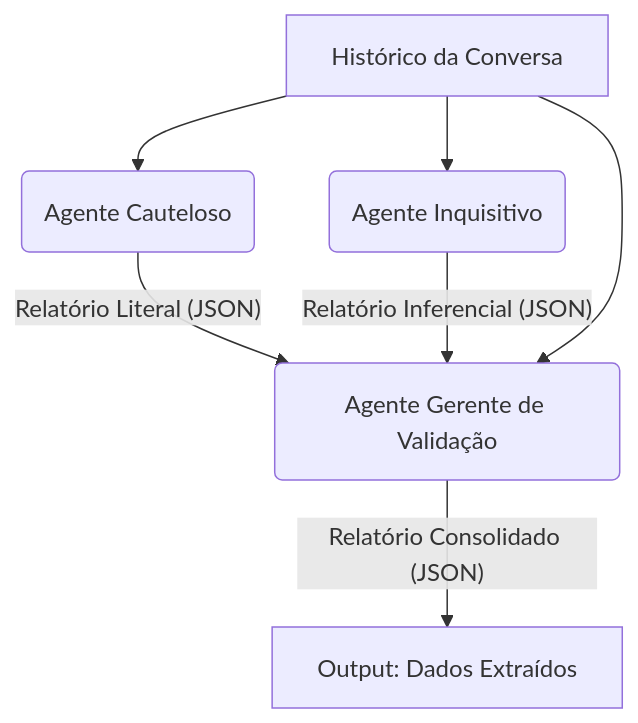
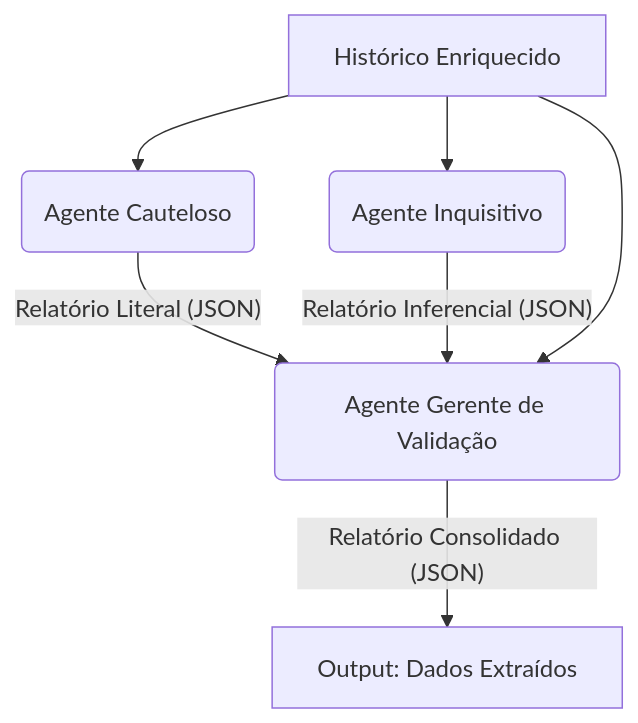
The third of 5 diagrams in README.md (MrSchrodingers/vigia), drawn with Mermaid before and after one commit. The commit also changed other lines of this file and 4 other files, not shown here.

````diff
--- a/README.md
+++ b/README.md
@@ -74,9 +100,9 @@
-```mermaid
-graph TD
-    A[Histórico da Conversa] --> B(Agente Cauteloso);
-    A --> C(Agente Inquisitivo);
-    B -- Relatório Literal (JSON) --> D(Agente Gerente de Validação);
-    C -- Relatório Inferencial (JSON) --> D;
-    A --> D;
-    D -- Relatório Consolidado (JSON) --> F[Output: Dados Extraídos];
-```
+    ```mermaid
+    graph TD
+        A[Histórico Enriquecido] --> B(Agente Cauteloso);
+        A --> C(Agente Inquisitivo);
+        B -- Relatório Literal (JSON) --> D(Agente Gerente de Validação);
+        C -- Relatório Inferencial (JSON) --> D;
+        A --> D;
+        D -- Relatório Consolidado (JSON) --> F[Output: Dados Extraídos];
+    ```
````
